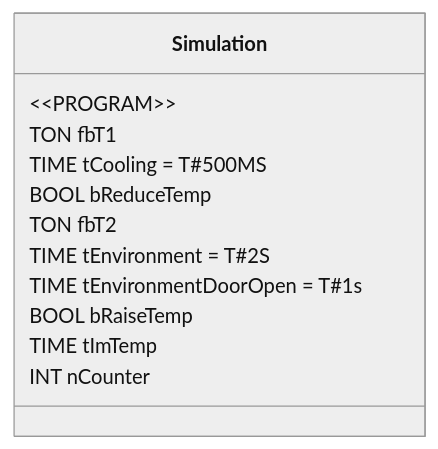
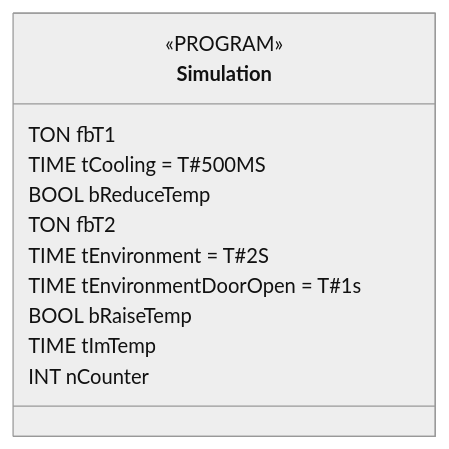
Before and after one commit to crissoll/pou2md: the diagram in tests/expected/Simulation.md, drawn with Mermaid (neutral theme). The commit also changed other lines of this file and 6 other files, not shown here.

````diff
--- a/tests/expected/Simulation.md
+++ b/tests/expected/Simulation.md
@@ -9,15 +9,15 @@
 ```mermaid
 classDiagram
     class Simulation {
-        &lt;&lt;PROGRAM&gt;&gt;
+        <<PROGRAM>>
         TON fbT1
         TIME tCooling = T#500MS
         BOOL bReduceTemp
         TON fbT2
         TIME tEnvironment = T#2S
         TIME tEnvironmentDoorOpen = T#1s
         BOOL bRaiseTemp
         TIME tImTemp
         INT nCounter
     }
 ```
````
